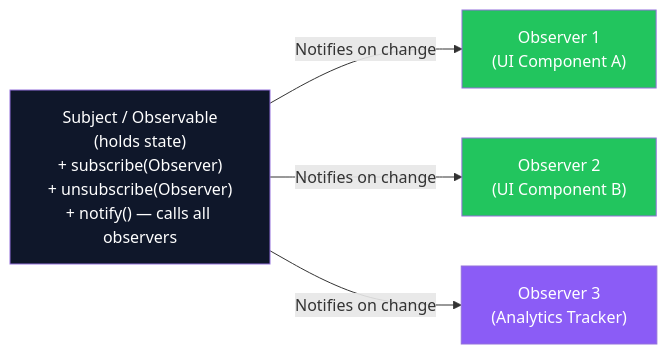
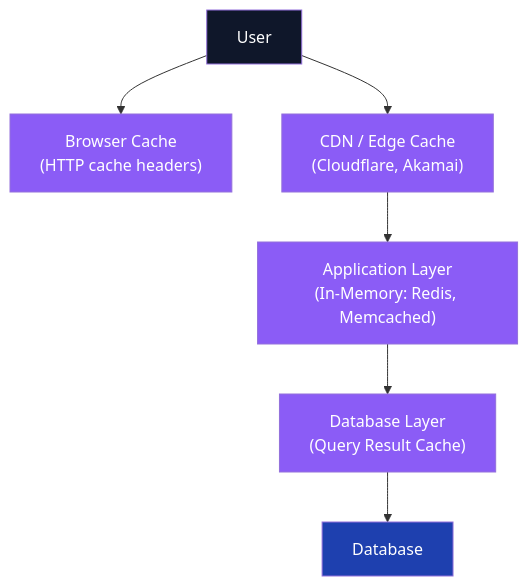
One commit to rajaghosh/InterviewPrep changed diagram 18 of 34 in Architechture-Concepts/Description-Questions2-Complete.md. Above: the diagram before and after it, drawn with Mermaid. The commit also changed other lines of this file and 240 other files, not shown here.

````diff
--- a/Architechture-Concepts/Description-Questions2-Complete.md
+++ b/Architechture-Concepts/Description-Questions2-Complete.md
@@ -659,11 +816,15 @@
 ```mermaid
-flowchart LR
-    SUBJECT["Subject / Observable\n(holds state)\n+ subscribe(Observer)\n+ unsubscribe(Observer)\n+ notify() — calls all observers"] -->|"Notifies on change"| O1["Observer 1\n(UI Component A)"]
-    SUBJECT -->|"Notifies on change"| O2["Observer 2\n(UI Component B)"]
-    SUBJECT -->|"Notifies on change"| O3["Observer 3\n(Analytics Tracker)"]
+flowchart TD
+    User["User"] --> B["Browser Cache\n(HTTP cache headers)"]
+    User --> CDN["CDN / Edge Cache\n(Cloudflare, Akamai)"]
+    CDN --> App["Application Layer\n(In-Memory: Redis, Memcached)"]
+    App --> DBQL["Database Layer\n(Query Result Cache)"]
+    DBQL --> DB["Database"]
 
-    style SUBJECT fill:#0f172a,color:#fff
-    style O1 fill:#22c55e,color:#fff
-    style O2 fill:#22c55e,color:#fff
-    style O3 fill:#8b5cf6,color:#fff
+    classDef user fill:#0f172a,color:#fff
+    classDef cache fill:#8b5cf6,color:#fff
+    classDef data fill:#1e40af,color:#fff
+    class User user
+    class B,CDN,App,DBQL cache
+    class DB data
 ```
````
